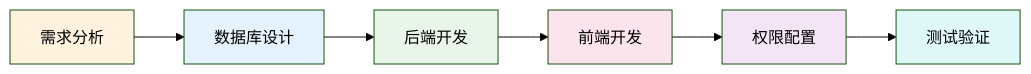
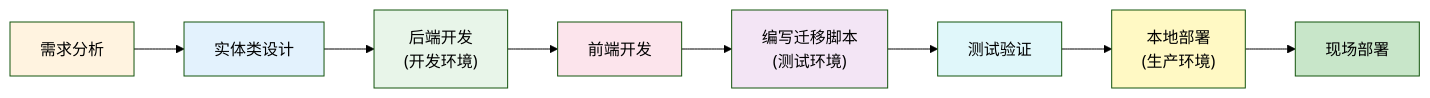
Before and after one commit to jjhhyyg/process-card-docs: the diagram in content/development-guide/index.md, drawn with Mermaid (forest theme). The commit also changed other lines of this file and 3 other files, not shown here.

````diff
--- a/content/development-guide/index.md
+++ b/content/development-guide/index.md
@@ -26,15 +26,19 @@
 ```mermaid
 flowchart LR
-    A["需求分析"] --> B["数据库设计"]
-    B --> C["后端开发"]
+    A["需求分析"] --> B["实体类设计"]
+    B --> C["后端开发<br/>(开发环境)"]
     C --> D["前端开发"]
-    D --> E["权限配置"]
+    D --> E["编写迁移脚本<br/>(测试环境)"]
     E --> F["测试验证"]
+    F --> G["本地部署<br/>(生产环境)"]
+    G --> H["现场部署"]
     
     style A fill:#fff3e0
     style B fill:#e3f2fd
     style C fill:#e8f5e9
     style D fill:#fce4ec
     style E fill:#f3e5f5
     style F fill:#e0f7fa
+    style G fill:#fff9c4
+    style H fill:#c8e6c9
 ```
````
